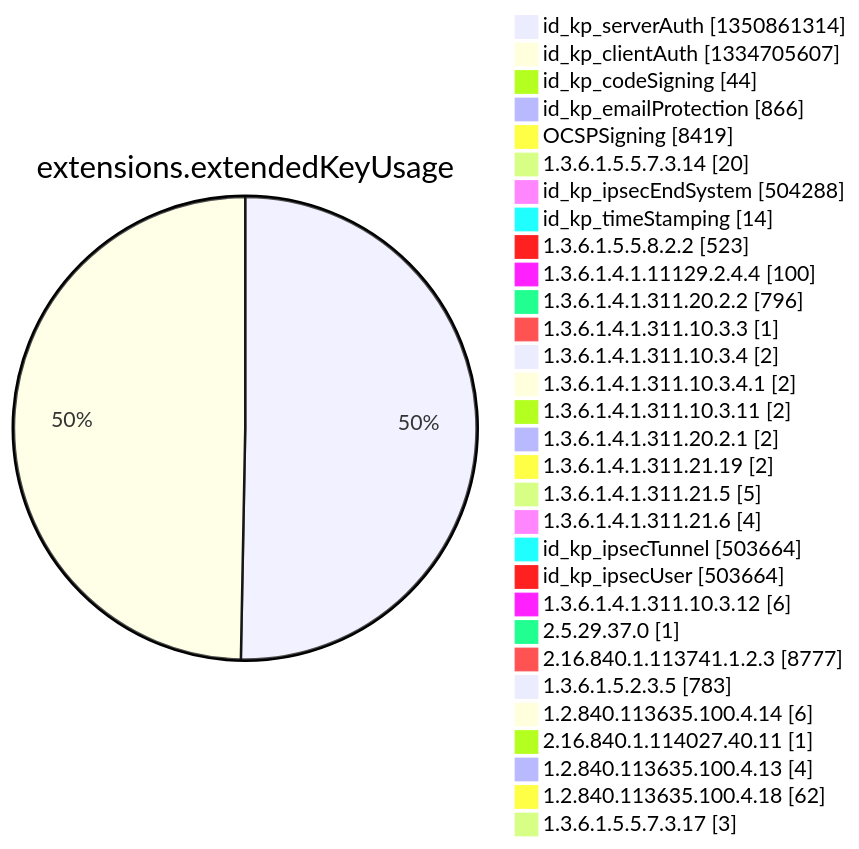
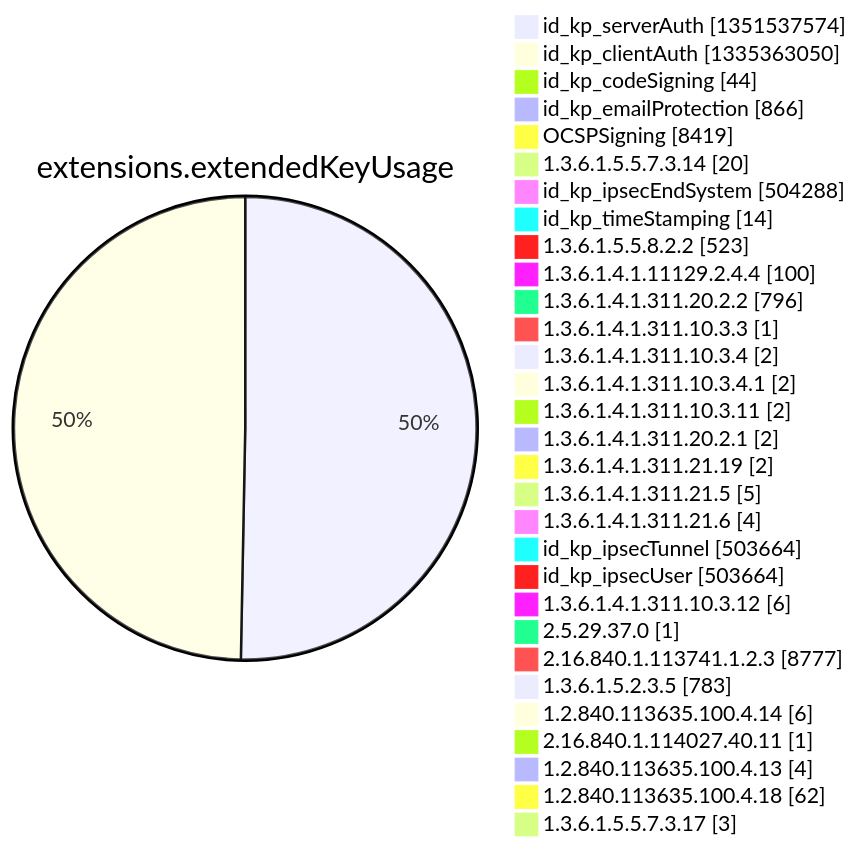
Before and after one commit to christiankrug/ctmonitor_visualization: diagram 12 of 15 in argon2022/README.md, drawn with Mermaid. The commit also changed other lines of this file, not shown here.

````diff
--- a/argon2022/README.md
+++ b/argon2022/README.md
@@ -3553,34 +3553,34 @@
 ```mermaid
 pie showData
 title extensions.extendedKeyUsage
-"id_kp_serverAuth" :1350861314
-"id_kp_clientAuth" :1334705607
+"id_kp_serverAuth" :1351537574
+"id_kp_clientAuth" :1335363050
 "id_kp_codeSigning" :44
 "id_kp_emailProtection" :866
 "OCSPSigning" :8419
 "1.3.6.1.5.5.7.3.14" :20
 "id_kp_ipsecEndSystem" :504288
 "id_kp_timeStamping" :14
 "1.3.6.1.5.5.8.2.2" :523
 "1.3.6.1.4.1.11129.2.4.4" :100
 "1.3.6.1.4.1.311.20.2.2" :796
 "1.3.6.1.4.1.311.10.3.3" :1
 "1.3.6.1.4.1.311.10.3.4" :2
 "1.3.6.1.4.1.311.10.3.4.1" :2
 "1.3.6.1.4.1.311.10.3.11" :2
 "1.3.6.1.4.1.311.20.2.1" :2
 "1.3.6.1.4.1.311.21.19" :2
 "1.3.6.1.4.1.311.21.5" :5
 "1.3.6.1.4.1.311.21.6" :4
 "id_kp_ipsecTunnel" :503664
 "id_kp_ipsecUser" :503664
 "1.3.6.1.4.1.311.10.3.12" :6
 "2.5.29.37.0" :1
 "2.16.840.1.113741.1.2.3" :8777
 "1.3.6.1.5.2.3.5" :783
 "1.2.840.113635.100.4.14" :6
 "2.16.840.1.114027.40.11" :1
 "1.2.840.113635.100.4.13" :4
 "1.2.840.113635.100.4.18" :62
 "1.3.6.1.5.5.7.3.17" :3
 ```
````
